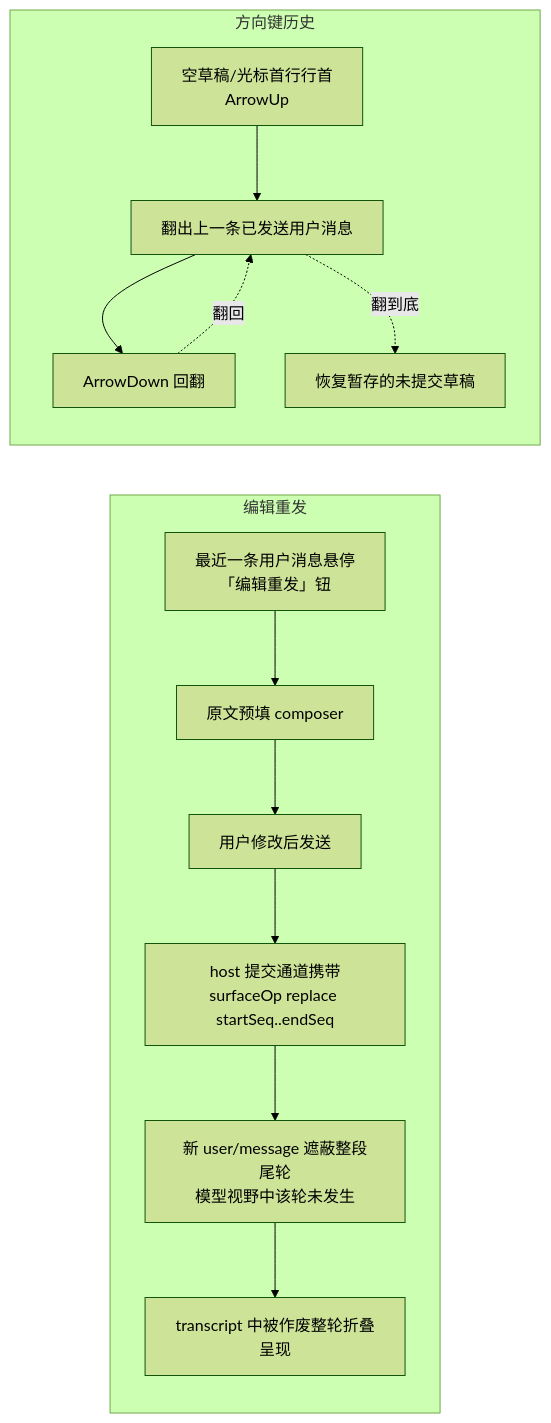
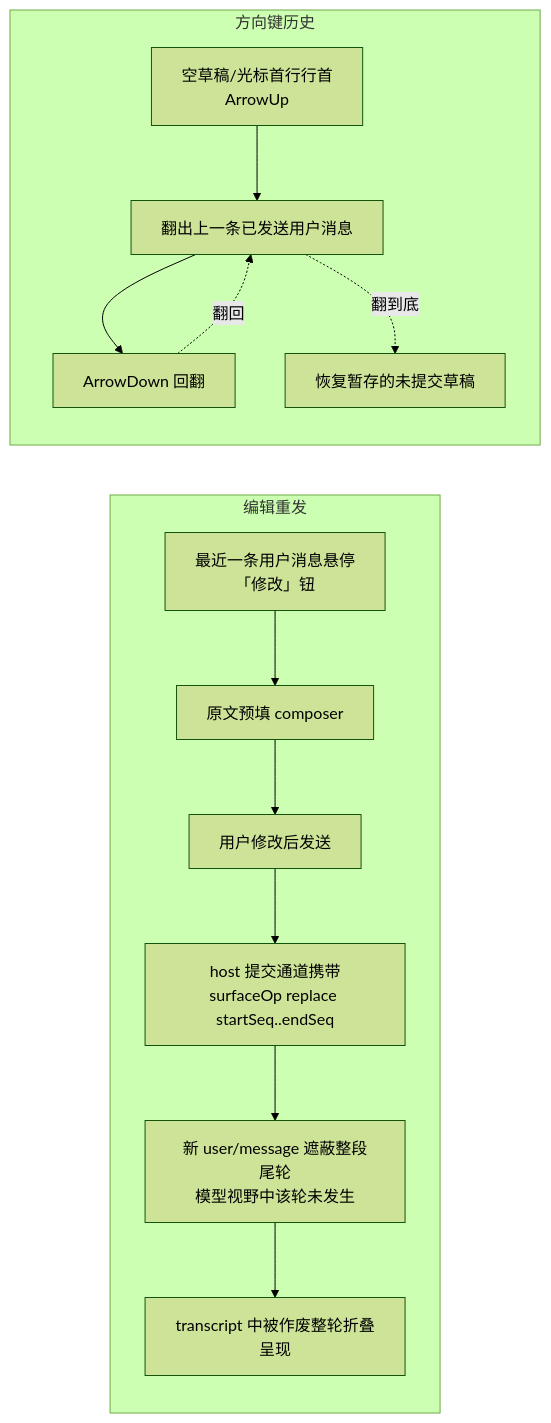
The first of 2 diagrams in .forge/docs/proposals/composer-edit-resend-and-input-history/proposal.md (bigfaner/dsh-forge), drawn with Mermaid (forest theme) before and after one commit. The commit also changed other lines of this file, not shown here.

Commit message:
docs(proposal): composer-edit-resend-and-input-history 提案批准（编辑重发 surface replace + 方向键输入历史）

````diff
--- a/.forge/docs/proposals/composer-edit-resend-and-input-history/proposal.md
+++ b/.forge/docs/proposals/composer-edit-resend-and-input-history/proposal.md
@@ -20,16 +20,16 @@
 ```mermaid
 flowchart LR
     subgraph 编辑重发
-        A[最近一条用户消息悬停<br/>「编辑重发」钮] --> B[原文预填 composer]
+        A[最近一条用户消息悬停<br/>「修改」钮] --> B[原文预填 composer]
         B --> C[用户修改后发送]
         C --> D[host 提交通道携带<br/>surfaceOp replace startSeq..endSeq]
         D --> E[新 user/message 遮蔽整段尾轮<br/>模型视野中该轮未发生]
         E --> F[transcript 中被作废整轮折叠呈现]
     end
     subgraph 方向键历史
         G[空草稿/光标首行行首<br/>ArrowUp] --> H[翻出上一条已发送用户消息]
         H --> I[ArrowDown 回翻]
         I -.翻回.-> H
         H -.翻到底.-> J[恢复暂存的未提交草稿]
     end
 ```
````
